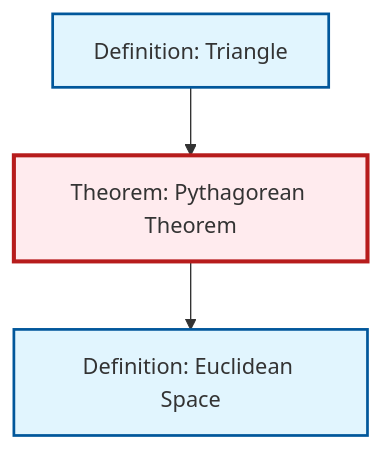
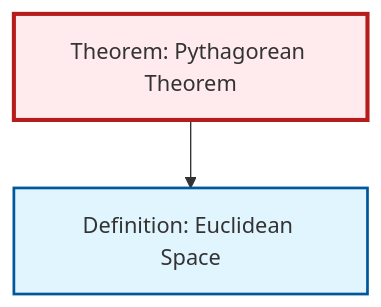
The second of 2 diagrams in content/en/geometry/thm-pythagorean.qmd (RK0429/ModernMath), drawn with Mermaid before and after one commit. The commit also changed 511 other files, not shown here.

````diff
--- a/content/en/geometry/thm-pythagorean.qmd
+++ b/content/en/geometry/thm-pythagorean.qmd
@@ -68,18 +68,13 @@
 ```{mermaid}
 %%| fig-cap: "Local dependency graph"
 graph TD
     classDef definition fill:#e1f5fe,stroke:#01579b,stroke-width:2px
     classDef theorem fill:#f3e5f5,stroke:#4a148c,stroke-width:2px
     classDef axiom fill:#fff3e0,stroke:#e65100,stroke-width:2px
     classDef example fill:#e8f5e9,stroke:#1b5e20,stroke-width:2px
     classDef current fill:#ffebee,stroke:#b71c1c,stroke-width:3px
     def-euclidean-space["Definition: Euclidean Space"]:::definition
     thm-pythagorean["Theorem: Pythagorean Theorem"]:::theorem
-    def-triangle["Definition: Triangle"]:::definition
     thm-pythagorean --> def-euclidean-space
-    def-triangle --> thm-pythagorean
     class thm-pythagorean current
-
-    click def-euclidean-space "def-euclidean-space.html" "Go to Euclidean Space definition"
-    click def-triangle "def-triangle.html" "Go to Triangle definition"
 ```
````
